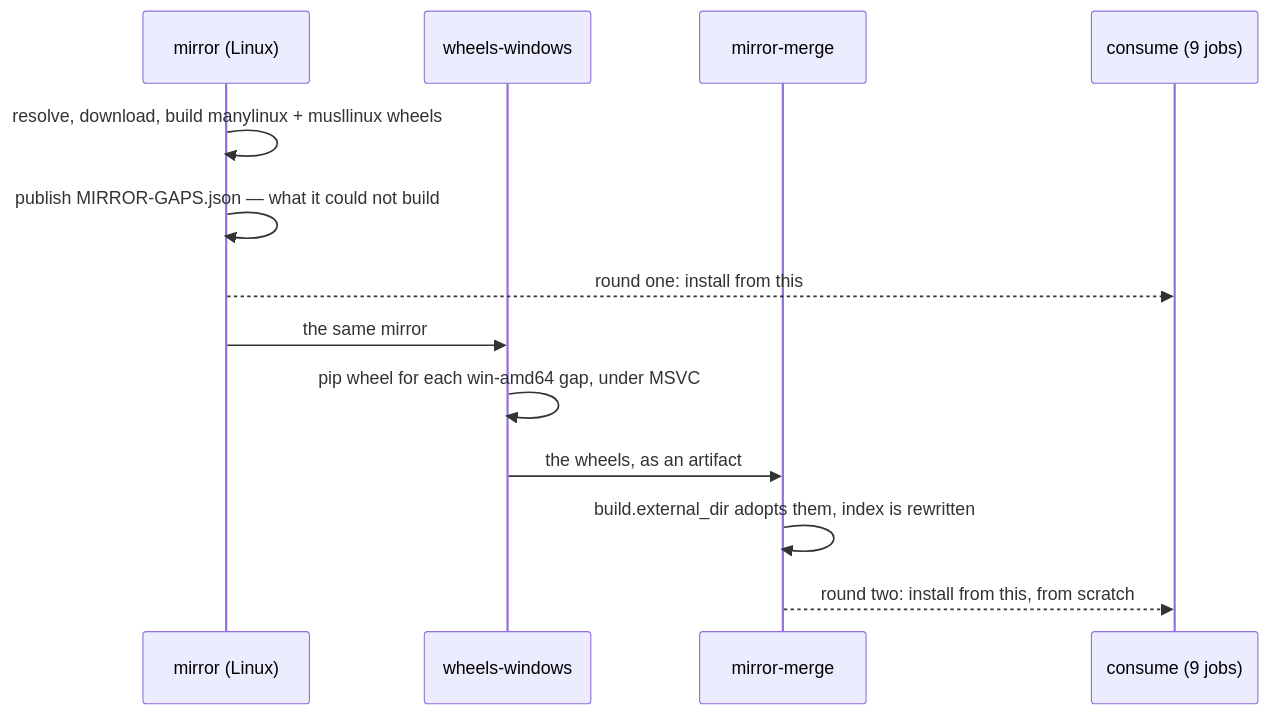
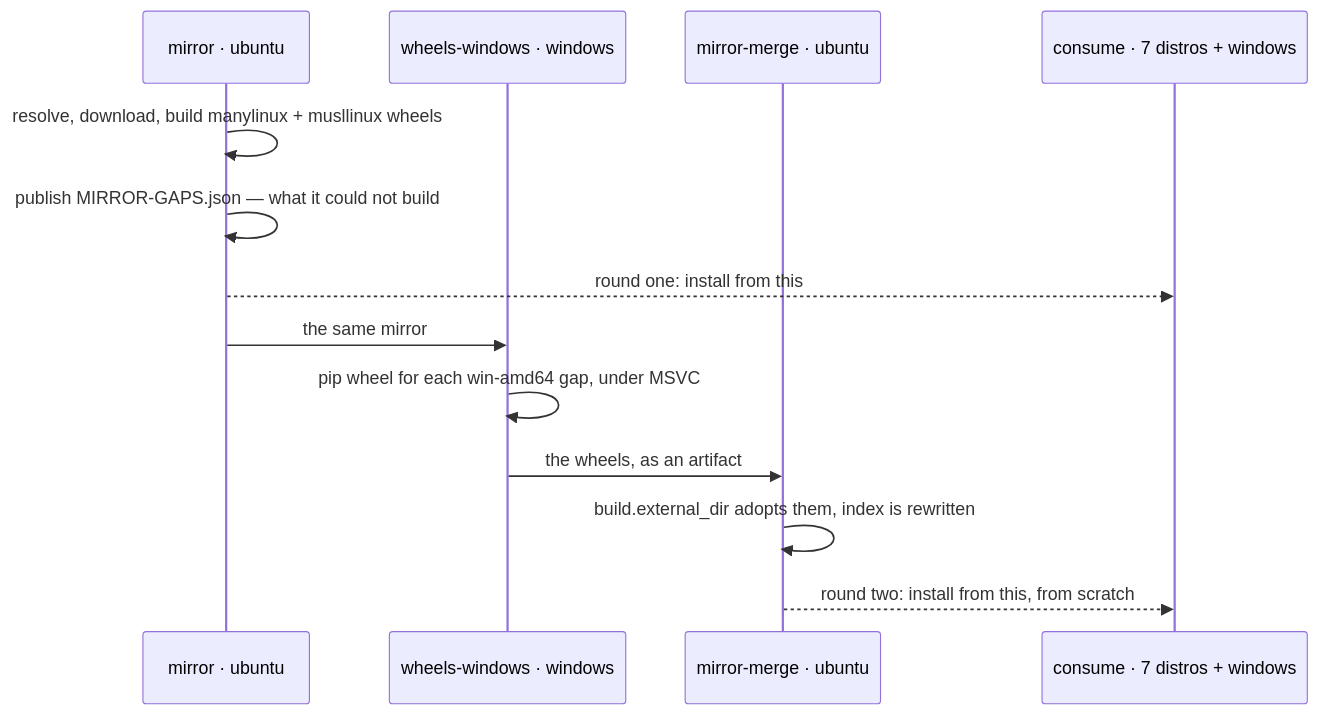
One commit to FPGArtktic/gpygap changed the second of 3 diagrams in docs/ci.md. Above: the diagram before and after it, drawn with Mermaid. The commit also changed other lines of this file, not shown here.

First line of the commit message:
docs: say which runner builds the mirror, because both of them do

````diff
--- a/docs/ci.md
+++ b/docs/ci.md
@@ -56,16 +56,16 @@
 ```mermaid
 sequenceDiagram
-    participant Lin as mirror (Linux)
-    participant Win as wheels-windows
-    participant Merge as mirror-merge
-    participant All as consume (9 jobs)
+    participant Lin as mirror · ubuntu
+    participant Win as wheels-windows · windows
+    participant Merge as mirror-merge · ubuntu
+    participant All as consume · 7 distros + windows
 
     Lin->>Lin: resolve, download, build manylinux + musllinux wheels
     Lin->>Lin: publish MIRROR-GAPS.json — what it could not build
     Lin-->>All: round one: install from this
     Lin->>Win: the same mirror
     Win->>Win: pip wheel for each win-amd64 gap, under MSVC
     Win->>Merge: the wheels, as an artifact
     Merge->>Merge: build.external_dir adopts them, index is rewritten
     Merge-->>All: round two: install from this, from scratch
 ```
````
